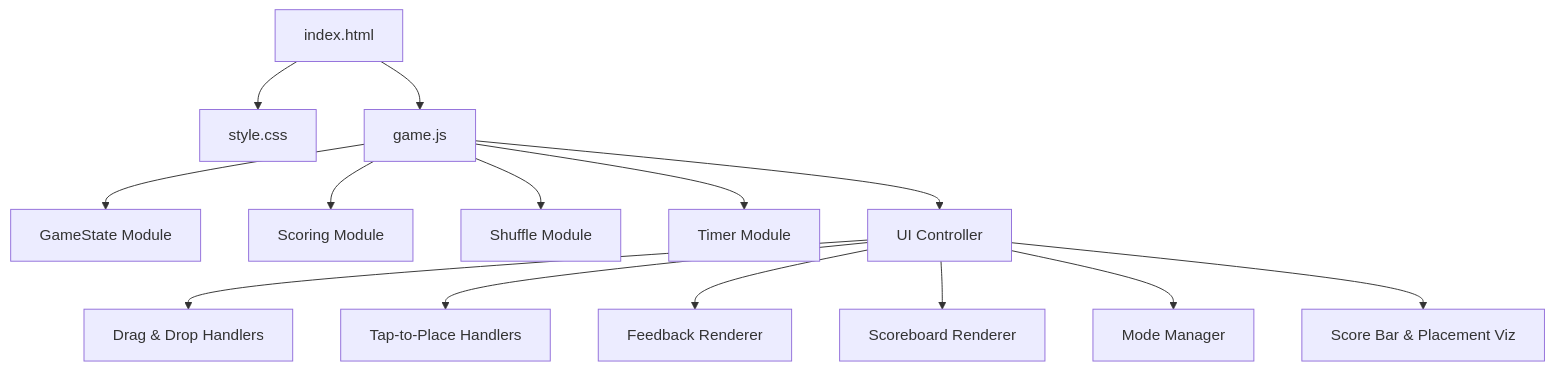
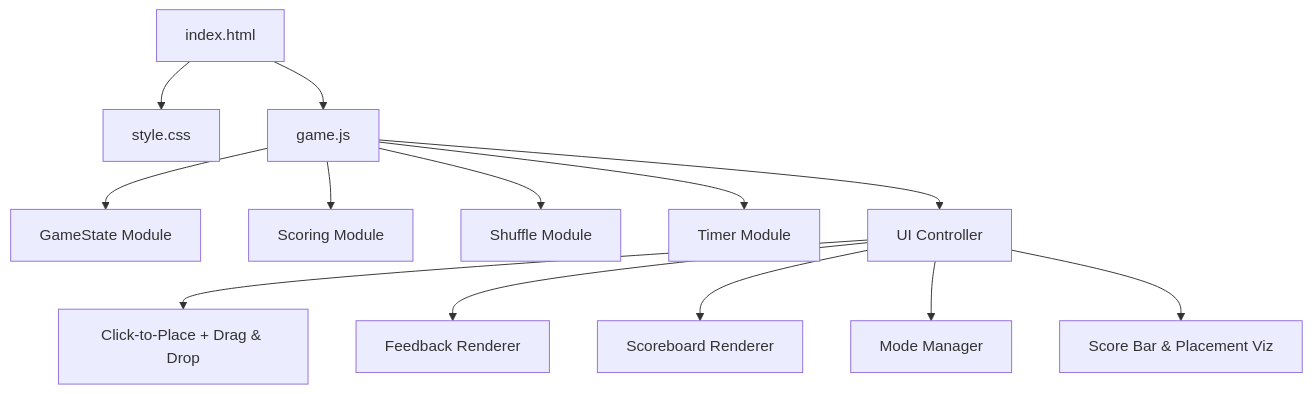
The diagram in .kiro/specs/alphablet-game/design.md (colmmacc/alphablet), drawn with Mermaid before and after one commit. The commit also changed other lines of this file and 6 other files, not shown here.

````diff
--- a/.kiro/specs/alphablet-game/design.md
+++ b/.kiro/specs/alphablet-game/design.md
@@ -9,16 +9,15 @@
 ```mermaid
 graph TD
     A[index.html] --> B[style.css]
     A --> C[game.js]
     C --> D[GameState Module]
     C --> E[Scoring Module]
     C --> F[Shuffle Module]
     C --> G[Timer Module]
     C --> H[UI Controller]
-    H --> I[Drag & Drop Handlers]
-    H --> I2[Tap-to-Place Handlers]
+    H --> I[Click-to-Place + Drag & Drop]
     H --> J[Feedback Renderer]
     H --> K[Scoreboard Renderer]
     H --> L[Mode Manager]
     H --> M[Score Bar & Placement Viz]
 ```
````
